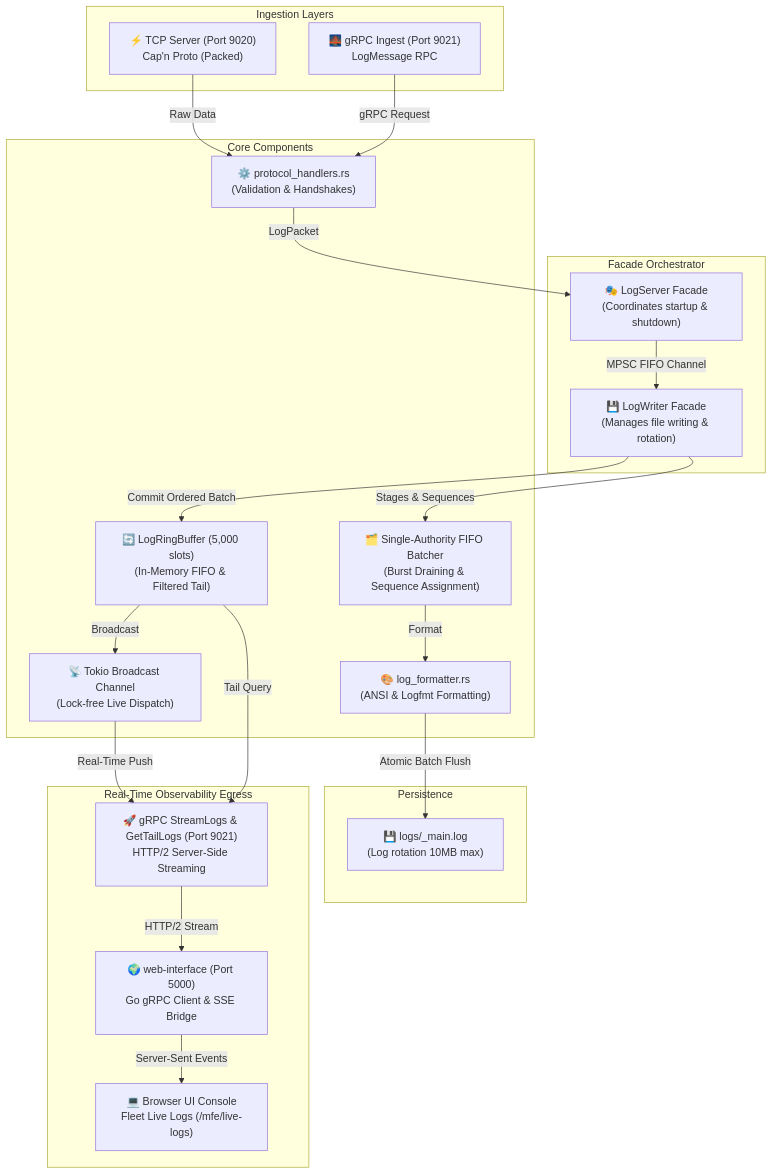
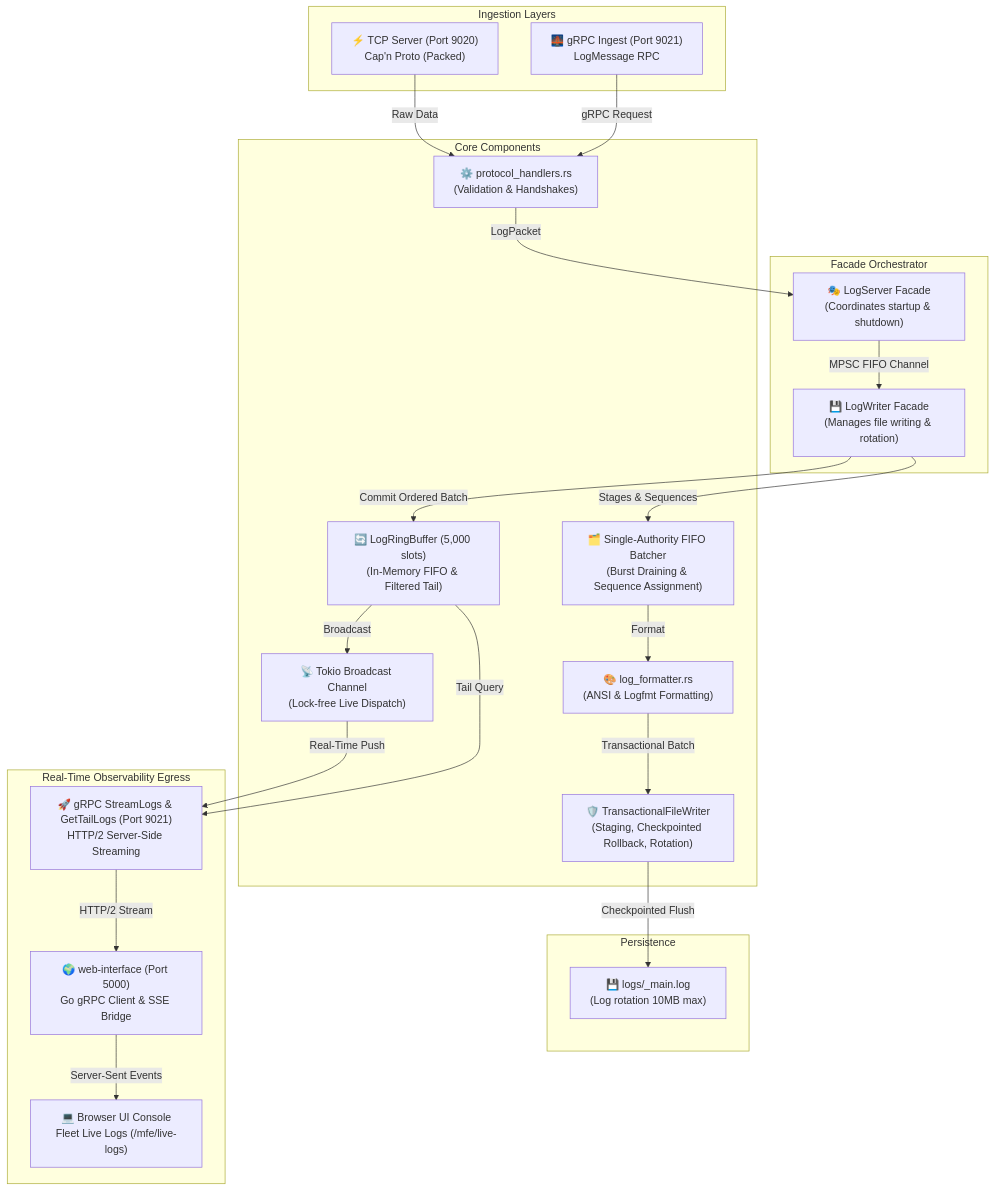
The diagram in quick-overview/Architecture-Overview.md (Bastien-Antigravity/log-server), drawn with Mermaid before and after one commit. The commit also changed other lines of this file and 12 other files, not shown here.

````diff
--- a/quick-overview/Architecture-Overview.md
+++ b/quick-overview/Architecture-Overview.md
@@ -22,45 +22,47 @@
 ```mermaid
 graph TD
     subgraph "Ingestion Layers"
         TCP["⚡ TCP Server (Port 9020)<br/>Cap'n Proto (Packed)"]
         GRPC_IN["🌉 gRPC Ingest (Port 9021)<br/>LogMessage RPC"]
     end
 
     subgraph "Facade Orchestrator"
         LS["🎭 LogServer Facade<br/>(Coordinates startup & shutdown)"]
         LW["💾 LogWriter Facade<br/>(Manages file writing & rotation)"]
     end
 
     subgraph "Core Components"
         PH["⚙️ protocol_handlers.rs<br/>(Validation & Handshakes)"]
         LF["🎨 log_formatter.rs<br/>(ANSI & Logfmt Formatting)"]
         BT["🗂️ Single-Authority FIFO Batcher<br/>(Burst Draining & Sequence Assignment)"]
+        TW["🛡️ TransactionalFileWriter<br/>(Staging, Checkpointed Rollback, Rotation)"]
         RB["🔄 LogRingBuffer (5,000 slots)<br/>(In-Memory FIFO & Filtered Tail)"]
         BC["📡 Tokio Broadcast Channel<br/>(Lock-free Live Dispatch)"]
     end
 
     subgraph "Persistence"
         FS["💾 logs/_main.log<br/>(Log rotation 10MB max)"]
     end
 
     subgraph "Real-Time Observability Egress"
         GRPC_OUT["🚀 gRPC StreamLogs & GetTailLogs (Port 9021)<br/>HTTP/2 Server-Side Streaming"]
         WI["🌍 web-interface (Port 5000)<br/>Go gRPC Client & SSE Bridge"]
         UI["💻 Browser UI Console<br/>Fleet Live Logs (/mfe/live-logs)"]
     end
 
     TCP -->|Raw Data| PH
     GRPC_IN -->|gRPC Request| PH
     PH -->|LogPacket| LS
     LS -->|MPSC FIFO Channel| LW
     LW -->|Stages & Sequences| BT
     BT -->|Format| LF
-    LF -->|Atomic Batch Flush| FS
+    LF -->|Transactional Batch| TW
+    TW -->|Checkpointed Flush| FS
     LW -->|Commit Ordered Batch| RB
     RB -->|Broadcast| BC
 
     BC -->|Real-Time Push| GRPC_OUT
     RB -->|Tail Query| GRPC_OUT
     GRPC_OUT -->|HTTP/2 Stream| WI
     WI -->|Server-Sent Events| UI
 ```
````
